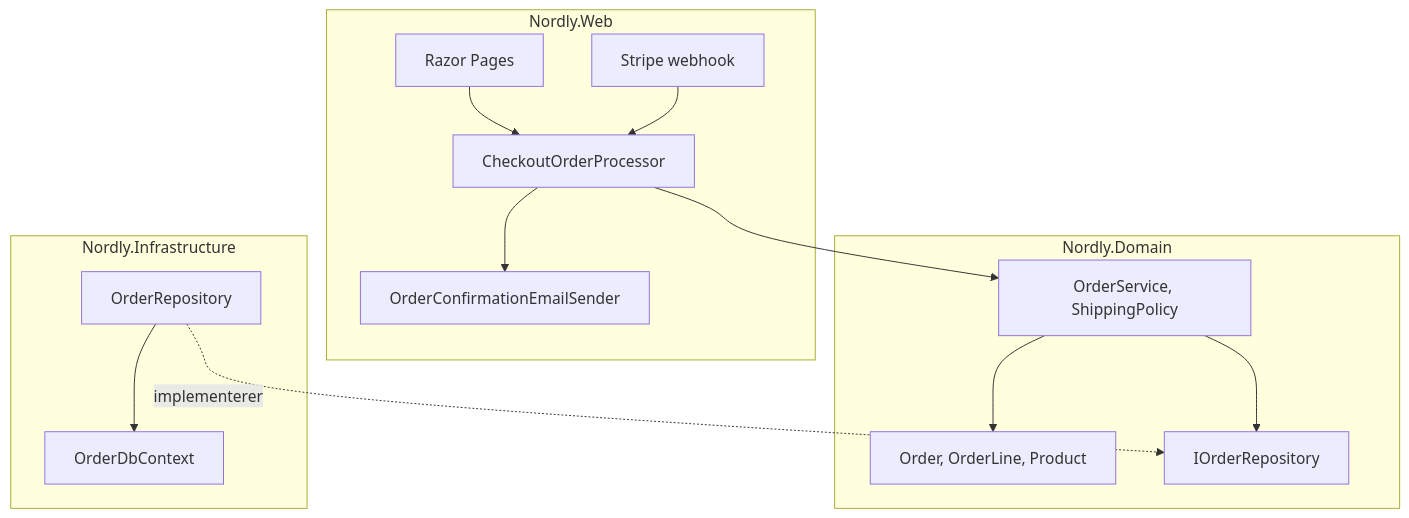
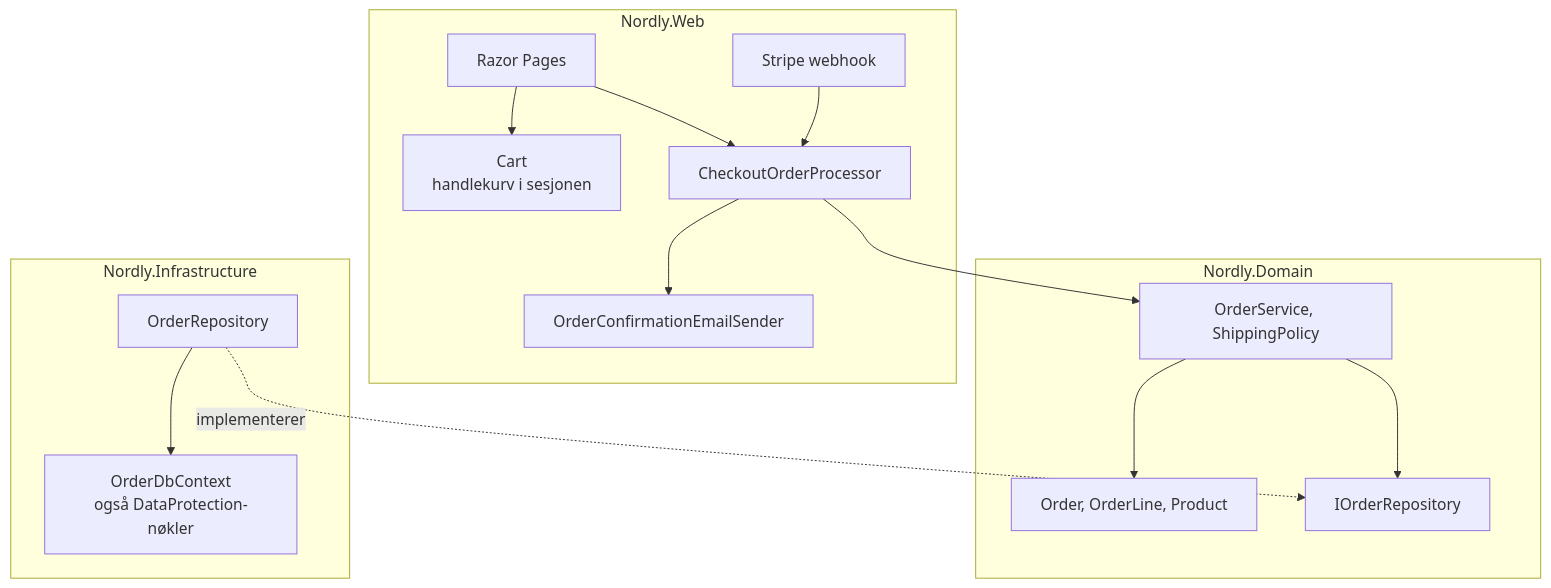
One commit to Khhashi/Nordly changed the second of 4 diagrams in docs/ARCHITECTURE.md. Above: the diagram before and after it, drawn with Mermaid. The commit also changed other lines of this file, not shown here.

````diff
--- a/docs/ARCHITECTURE.md
+++ b/docs/ARCHITECTURE.md
@@ -45,26 +48,28 @@
 ```mermaid
 flowchart TB
     subgraph Web[Nordly.Web]
         Pages[Razor Pages]
+        Cart[Cart<br/>handlekurv i sesjonen]
         Webhook[Stripe webhook]
         Processor[CheckoutOrderProcessor]
         Email[OrderConfirmationEmailSender]
     end
     subgraph Domain[Nordly.Domain]
         Entities[Order, OrderLine, Product]
         Services[OrderService, ShippingPolicy]
         IRepo[IOrderRepository]
     end
     subgraph Infra[Nordly.Infrastructure]
         Repo[OrderRepository]
-        Ctx[OrderDbContext]
+        Ctx[OrderDbContext<br/>også DataProtection-nøkler]
     end
+    Pages --> Cart
     Pages --> Processor
     Webhook --> Processor
     Processor --> Services
     Processor --> Email
     Services --> Entities
     Services --> IRepo
     Repo -.implementerer.-> IRepo
     Repo --> Ctx
 ```
````
